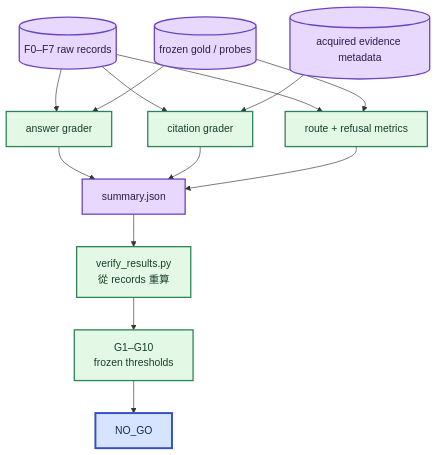
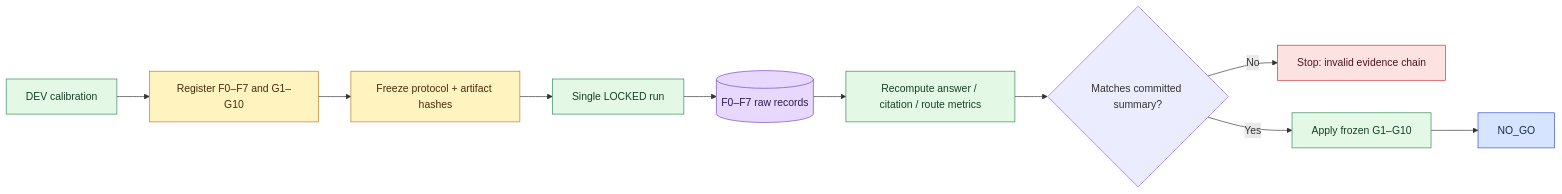
One commit to kuotunyu/tw-filing-intelligence changed the third of 3 diagrams in README.md. Above: the diagram before and after it, drawn with Mermaid. The commit also changed other lines of this file and 26 other files, not shown here.

````diff
--- a/README.md
+++ b/README.md
@@ -148,24 +98,23 @@
 ```mermaid
-flowchart TD
-    Records[("F0–F7 raw records")] --> AnswerGrade["answer grader"]
-    Gold[("frozen gold / probes")] --> AnswerGrade
-    Records --> CitationGrade["citation grader"]
-    Evidence[("acquired evidence metadata")] --> CitationGrade
-    Records --> RouteGrade["route + refusal metrics"]
-    Gold --> RouteGrade
-
-    AnswerGrade --> Summary["summary.json"]
-    CitationGrade --> Summary
-    RouteGrade --> Summary
-    Summary --> Verify["verify_results.py<br/>從 records 重算"]
-    Verify --> Gates["G1–G10<br/>frozen thresholds"]
+flowchart LR
+    Dev["DEV calibration"] --> Register["Register F0–F7 and G1–G10"]
+    Register --> Freeze["Freeze protocol + artifact hashes"]
+    Freeze --> Locked["Single LOCKED run"]
+    Locked --> Raw[("F0–F7 raw records")]
+    Raw --> Recompute["Recompute answer / citation / route metrics"]
+    Recompute --> Verify{"Matches committed summary?"}
+    Verify -->|"No"| Stop["Stop: invalid evidence chain"]
+    Verify -->|"Yes"| Gates["Apply frozen G1–G10"]
     Gates --> Verdict["NO_GO"]
 
-    classDef artifact fill:#E9D8FD,stroke:#6B46C1,stroke-width:2px,color:#2D1B4E
-    classDef process fill:#E3F9E5,stroke:#2F855A,stroke-width:2px,color:#173F2A
-    classDef result fill:#D6E4FF,stroke:#364FC7,stroke-width:3px,color:#172B4D
-
-    class Records,Gold,Evidence,Summary artifact
-    class AnswerGrade,CitationGrade,RouteGrade,Verify,Gates process
+    classDef frozen fill:#FFF3BF,stroke:#B7791F,color:#4A2C0A
+    classDef process fill:#E3F9E5,stroke:#2F855A,color:#173F2A
+    classDef artifact fill:#E9D8FD,stroke:#6B46C1,color:#2D1B4E
+    classDef invalid fill:#FDE2E2,stroke:#C53030,color:#4A1717
+    classDef result fill:#D6E4FF,stroke:#364FC7,color:#172B4D
+    class Register,Freeze frozen
+    class Dev,Locked,Recompute,Gates process
+    class Raw artifact
+    class Stop invalid
     class Verdict result
 ```
````
